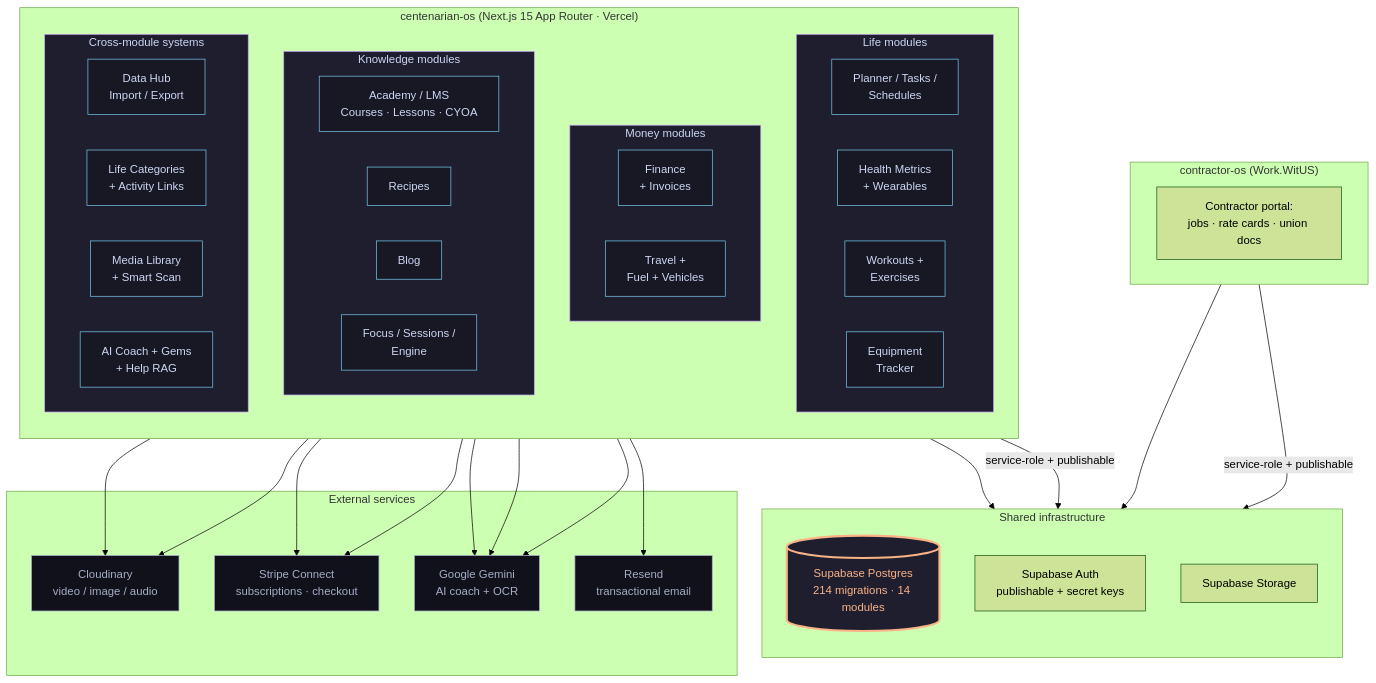
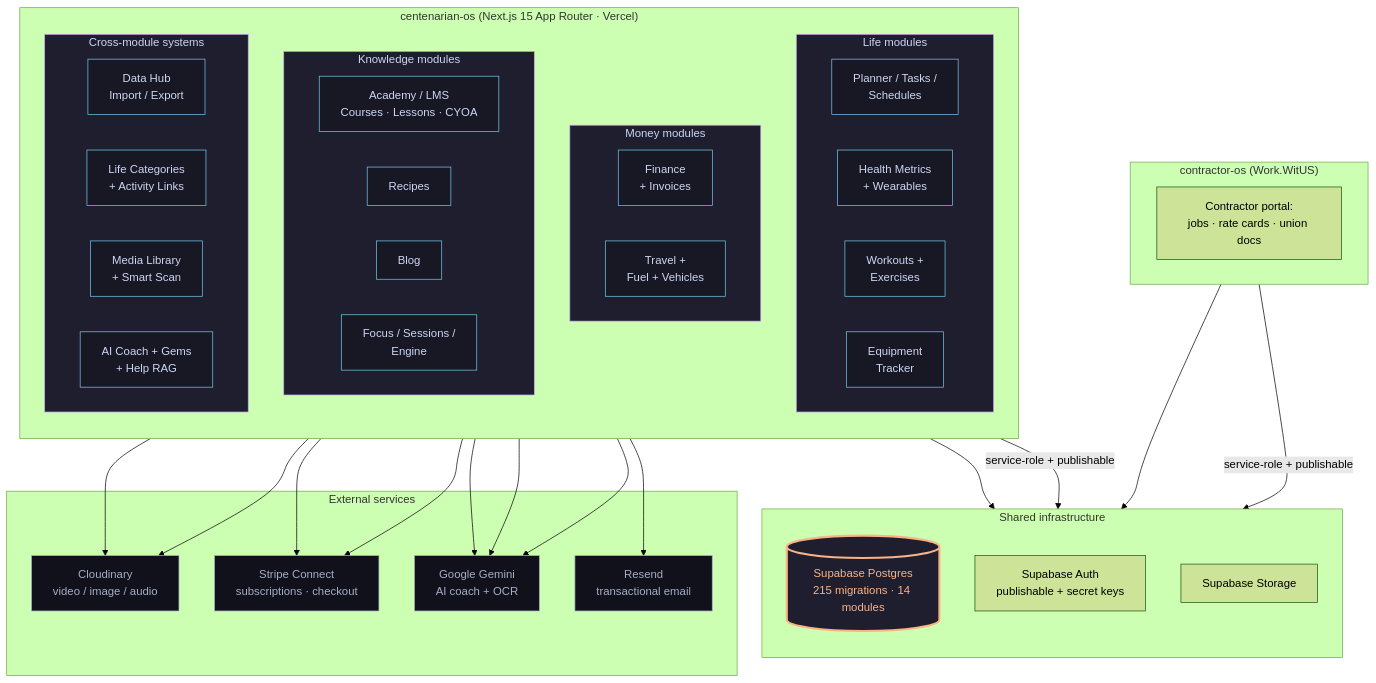
The first of 2 diagrams in ARCHITECTURE.md (dapperAuteur/centenarian-os), drawn with Mermaid (forest theme) before and after one commit. The commit also changed other lines of this file and 7 other files, not shown here.

````diff
--- a/ARCHITECTURE.md
+++ b/ARCHITECTURE.md
@@ -14,76 +14,76 @@
 ```mermaid
 flowchart TB
   classDef shell fill:#1e1e2e,stroke:#cba6f7,color:#cdd6f4
   classDef module fill:#181825,stroke:#74c7ec,color:#cdd6f4
   classDef shared fill:#1e1e2e,stroke:#fab387,color:#fab387,stroke-width:3px
   classDef external fill:#11111b,stroke:#a6adc8,color:#a6adc8
 
   subgraph CentOS["centenarian-os (Next.js 15 App Router · Vercel)"]
     direction TB
 
     subgraph Life["Life modules"]
       direction LR
       Planner[Planner / Tasks /<br/>Schedules]
       Health[Health Metrics<br/>+ Wearables]
       Workouts[Workouts +<br/>Exercises]
       Equipment[Equipment<br/>Tracker]
     end
 
     subgraph Money["Money modules"]
       direction LR
       Finance[Finance<br/>+ Invoices]
       Travel[Travel +<br/>Fuel + Vehicles]
     end
 
     subgraph Knowledge["Knowledge modules"]
       direction LR
       Academy[Academy / LMS<br/>Courses · Lessons · CYOA]
       Recipes[Recipes]
       Blog[Blog]
       Focus[Focus / Sessions /<br/>Engine]
     end
 
     subgraph Cross["Cross-module systems"]
       direction LR
       DataHub[Data Hub<br/>Import / Export]
       Categories[Life Categories<br/>+ Activity Links]
       MediaLib[Media Library<br/>+ Smart Scan]
       Coach[AI Coach + Gems<br/>+ Help RAG]
     end
   end
 
   subgraph Shared["Shared infrastructure"]
     direction TB
-    Supabase[(Supabase Postgres<br/>214 migrations · 14 modules)]:::shared
+    Supabase[(Supabase Postgres<br/>215 migrations · 14 modules)]:::shared
     SupaAuth[Supabase Auth<br/>publishable + secret keys]
     SupaStorage[Supabase Storage]
   end
 
   subgraph Sibling["contractor-os (Work.WitUS)"]
     Contractor[Contractor portal:<br/>jobs · rate cards · union docs]
   end
 
   subgraph External["External services"]
     Cloudinary[Cloudinary<br/>video / image / audio]
     Stripe[Stripe Connect<br/>subscriptions · checkout]
     Gemini[Google Gemini<br/>AI coach + OCR]
     Resend[Resend<br/>transactional email]
   end
 
   CentOS -->|service-role + publishable| Supabase
   Sibling -->|service-role + publishable| Supabase
   CentOS --> SupaAuth
   Sibling --> SupaAuth
   CentOS --> Cloudinary
   CentOS --> Stripe
   CentOS --> Gemini
   CentOS --> Resend
   Coach --> Gemini
   MediaLib --> Cloudinary
   MediaLib --> Gemini
   Finance --> Stripe
 
   class Life,Money,Knowledge,Cross shell
   class Planner,Health,Workouts,Equipment,Finance,Travel,Academy,Recipes,Blog,Focus,DataHub,Categories,MediaLib,Coach module
   class Cloudinary,Stripe,Gemini,Resend external
 ```
````
